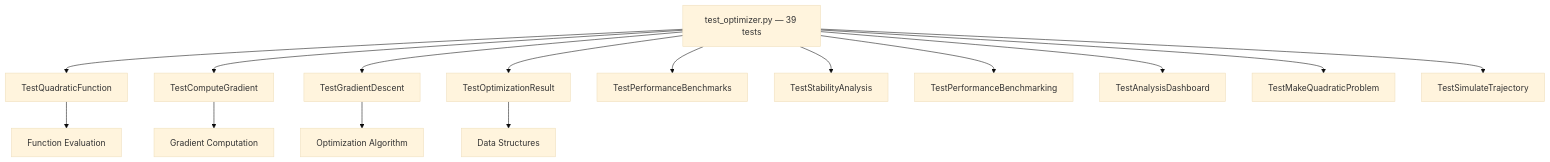
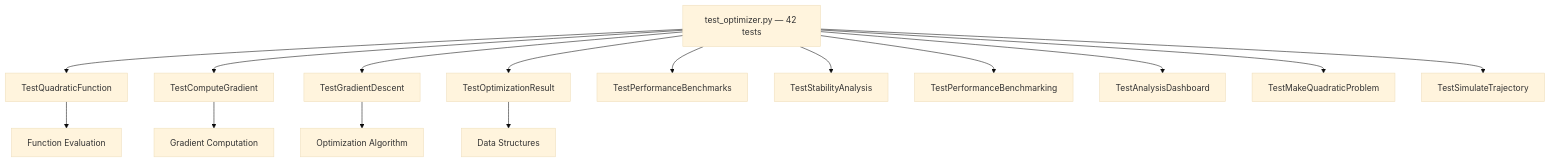
The diagram in projects/code_project/tests/README.md (docxology/template), drawn with Mermaid (base theme) before and after one commit. The commit also changed other lines of this file and 596 other files, not shown here.

````diff
--- a/projects/code_project/tests/README.md
+++ b/projects/code_project/tests/README.md
@@ -44,18 +44,18 @@
 ```mermaid
 graph TD
-    A[test_optimizer.py — 39 tests] --> B[TestQuadraticFunction]
+    A[test_optimizer.py — 42 tests] --> B[TestQuadraticFunction]
     A --> C[TestComputeGradient]
     A --> D[TestGradientDescent]
     A --> E[TestOptimizationResult]
     A --> F[TestPerformanceBenchmarks]
     A --> G[TestStabilityAnalysis]
     A --> H[TestPerformanceBenchmarking]
     A --> I[TestAnalysisDashboard]
     A --> J[TestMakeQuadraticProblem]
     A --> K[TestSimulateTrajectory]
 
     B --> L[Function Evaluation]
     C --> M[Gradient Computation]
     D --> N[Optimization Algorithm]
     E --> O[Data Structures]
 ```
````
